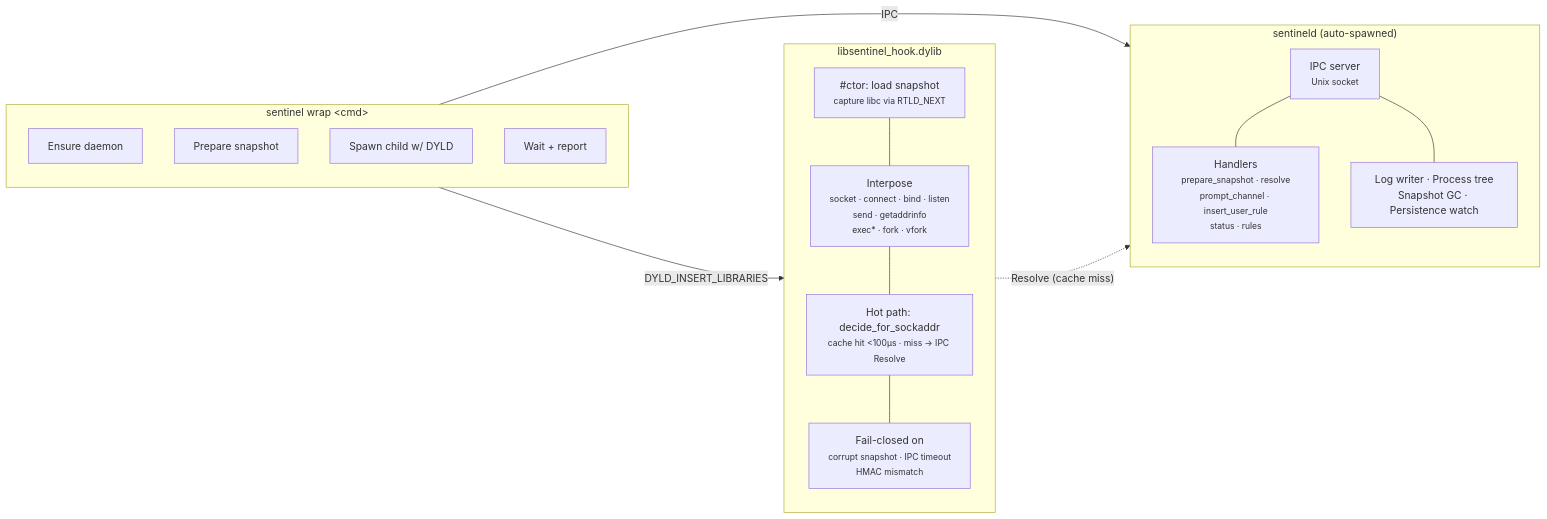
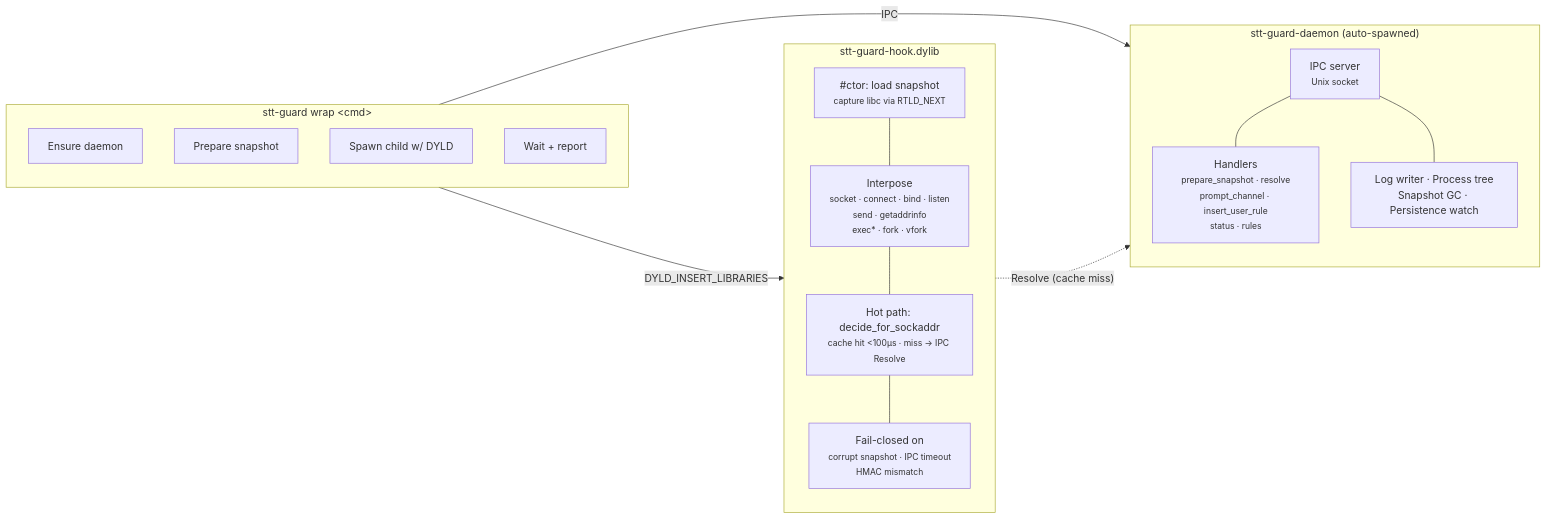
Before and after one commit to stentorian-io/guard: the diagram in CONTRIBUTING.md, drawn with Mermaid. The commit also changed other lines of this file and 518 other files, not shown here.

````diff
--- a/CONTRIBUTING.md
+++ b/CONTRIBUTING.md
@@ -75,33 +75,33 @@
 ```mermaid
 graph LR
-    subgraph CLI["sentinel wrap &lt;cmd&gt;"]
+    subgraph CLI["stt-guard wrap &lt;cmd&gt;"]
         C1[Ensure daemon]
         C2[Prepare snapshot]
         C3[Spawn child w/ DYLD]
         C4[Wait + report]
     end
 
-    subgraph Daemon["sentineld (auto-spawned)"]
+    subgraph Daemon["stt-guard-daemon (auto-spawned)"]
         direction TB
         IPC["IPC server<br/><small>Unix socket</small>"]
         H["Handlers<br/><small>prepare_snapshot · resolve<br/>prompt_channel · insert_user_rule<br/>status · rules</small>"]
         Log["Log writer · Process tree<br/>Snapshot GC · Persistence watch"]
         IPC --- H
         IPC --- Log
     end
 
-    subgraph Hook["libsentinel_hook.dylib"]
+    subgraph Hook["stt-guard-hook.dylib"]
         direction TB
         Ctor["#ctor: load snapshot<br/><small>capture libc via RTLD_NEXT</small>"]
         Interpose["Interpose<br/><small>socket · connect · bind · listen<br/>send · getaddrinfo<br/>exec* · fork · vfork</small>"]
         Hot["Hot path: decide_for_sockaddr<br/><small>cache hit &lt;100µs · miss → IPC Resolve</small>"]
         Fail["Fail-closed on<br/><small>corrupt snapshot · IPC timeout<br/>HMAC mismatch</small>"]
         Ctor --- Interpose
         Interpose --- Hot
         Hot --- Fail
     end
 
     CLI -- "IPC" --> Daemon
     CLI -- "DYLD_INSERT_LIBRARIES" --> Hook
     Hook -. "Resolve (cache miss)" .-> Daemon
 ```
````
